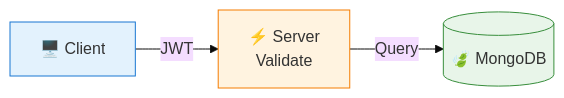
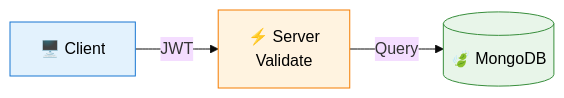
Before and after one commit to anirudhk-tech/Haggl: the fourth of 5 diagrams in docs/ARCHITECTURE.md, drawn with Mermaid (base theme). The commit also changed other lines of this file and 2 other files, not shown here.

Commit message:
update(docs): add black text on charts for readability

````diff
--- a/docs/ARCHITECTURE.md
+++ b/docs/ARCHITECTURE.md
@@ -246,9 +246,9 @@
 ```mermaid
 flowchart LR
     A["🖥️ Client"] -->|JWT| B["⚡ Server<br/>Validate"]
     B -->|Query| C[("🍃 MongoDB")]
 
-    style A fill:#e3f2fd,stroke:#1976d2
-    style B fill:#fff3e0,stroke:#f57c00
-    style C fill:#e8f5e9,stroke:#388e3c
+    style A fill:#e3f2fd,stroke:#1976d2,color:#000
+    style B fill:#fff3e0,stroke:#f57c00,color:#000
+    style C fill:#e8f5e9,stroke:#388e3c,color:#000
 ```
````
